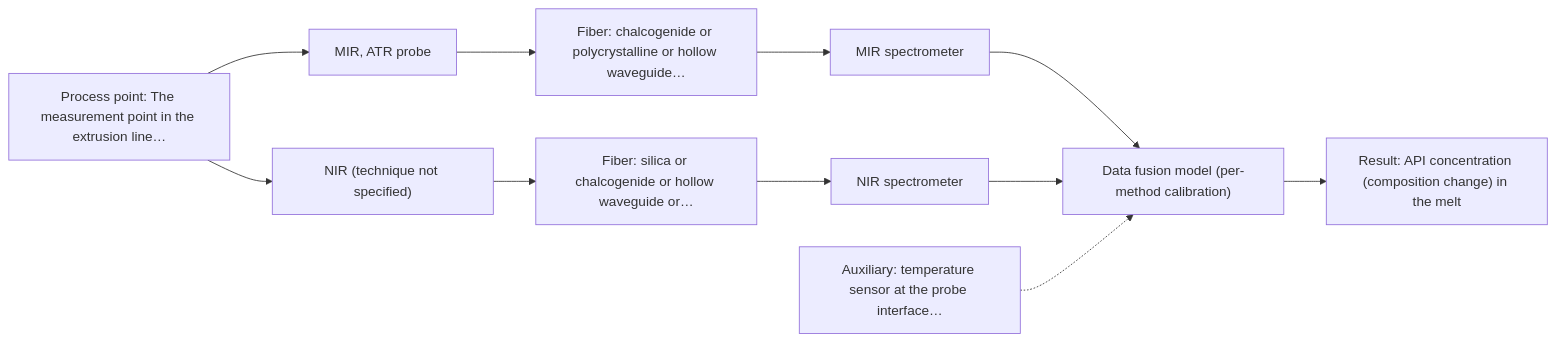
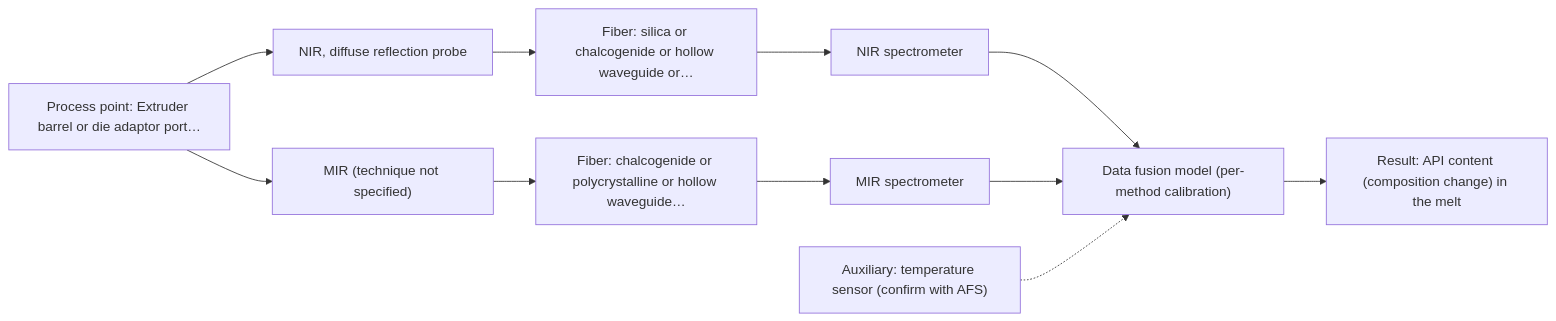
One commit to sleipnir029/Afs-Spectroscopy-Assistant changed the second of 2 diagrams in outputs/dev/D07.md. Above: the diagram before and after it, drawn with Mermaid. The commit also changed other lines of this file and 15 other files, not shown here.

Commit message:
3.R4 dev outputs: 8/8 pass, 0 hard failures, 236/236 citations, 14/14 charts, 8/8 cost classes

````diff
--- a/outputs/dev/D07.md
+++ b/outputs/dev/D07.md
@@ -55,23 +84,23 @@
 ```mermaid
 flowchart LR
-    proc["Process point: The measurement point in the extrusion line…"]
-    probe1["MIR, ATR probe"]
-    fiber1["Fiber: chalcogenide or polycrystalline or hollow waveguide…"]
-    spec1["MIR spectrometer"]
-    probe2["NIR (technique not specified)"]
-    fiber2["Fiber: silica or chalcogenide or hollow waveguide or…"]
-    spec2["NIR spectrometer"]
+    proc["Process point: Extruder barrel or die adaptor port…"]
+    probe1["NIR, diffuse reflection probe"]
+    fiber1["Fiber: silica or chalcogenide or hollow waveguide or…"]
+    spec1["NIR spectrometer"]
+    probe2["MIR (technique not specified)"]
+    fiber2["Fiber: chalcogenide or polycrystalline or hollow waveguide…"]
+    spec2["MIR spectrometer"]
     model["Data fusion model (per-method calibration)"]
-    result["Result: API concentration (composition change) in the melt"]
-    aux1["Auxiliary: temperature sensor at the probe interface…"]
+    result["Result: API content (composition change) in the melt"]
+    aux1["Auxiliary: temperature sensor (confirm with AFS)"]
     proc --> probe1
     probe1 --> fiber1
     fiber1 --> spec1
     spec1 --> model
     proc --> probe2
     probe2 --> fiber2
     fiber2 --> spec2
     spec2 --> model
     model --> result
     aux1 -.-> model
 ```
````
